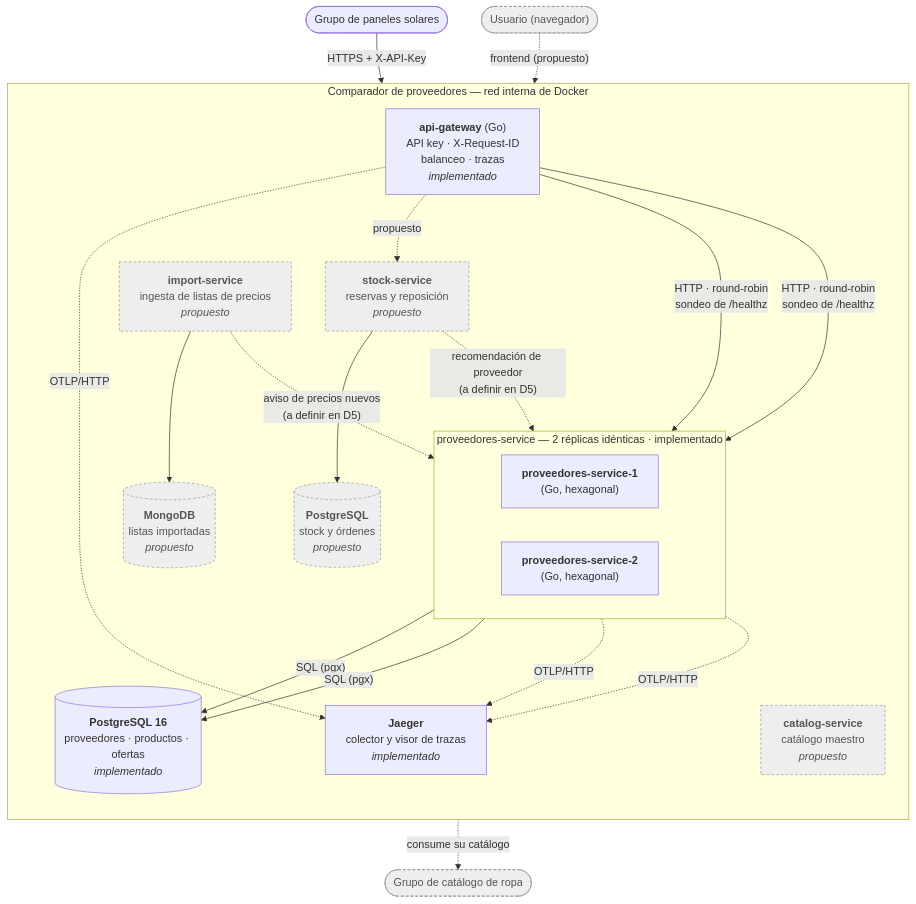
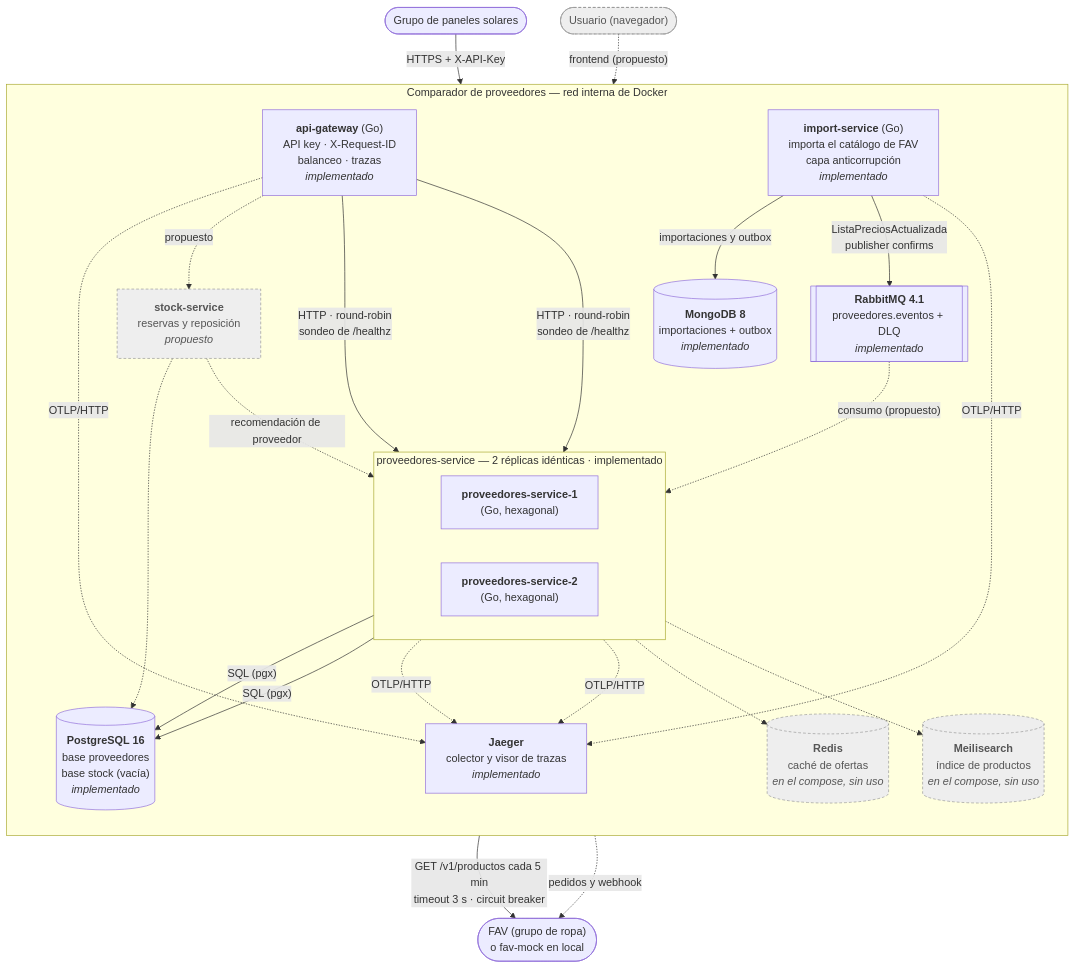
Before and after one commit to matiasdemetriorufeil/arq-soft-proveedores: the second of 3 diagrams in docs/ARCHITECTURE.md, drawn with Mermaid. The commit also changed other lines of this file and 7 other files, not shown here.

First line of the commit message:
docs(adr): ADR-014 sin catalog-service; D1, D3, D5, D9 y D10 actualizados con import-service

````diff
--- a/docs/ARCHITECTURE.md
+++ b/docs/ARCHITECTURE.md
@@ -59,48 +59,56 @@
 ```mermaid
 flowchart TB
     paneles(["Grupo de paneles solares"])
     usuario(["Usuario (navegador)"])
-    ropa(["Grupo de catálogo de ropa"])
+    ropa(["FAV (grupo de ropa)<br/>o fav-mock en local"])
 
     subgraph sistema["Comparador de proveedores — red interna de Docker"]
         direction TB
         gw["<b>api-gateway</b> (Go)<br/>API key · X-Request-ID<br/>balanceo · trazas<br/><i>implementado</i>"]
 
         subgraph proveedores["proveedores-service — 2 réplicas idénticas · implementado"]
             direction LR
             p1["<b>proveedores-service-1</b><br/>(Go, hexagonal)"]
             p2["<b>proveedores-service-2</b><br/>(Go, hexagonal)"]
         end
 
-        pg[("<b>PostgreSQL 16</b><br/>proveedores · productos · ofertas<br/><i>implementado</i>")]
+        pg[("<b>PostgreSQL 16</b><br/>base proveedores<br/>base stock (vacía)<br/><i>implementado</i>")]
         jaeger["<b>Jaeger</b><br/>colector y visor de trazas<br/><i>implementado</i>"]
 
+        imp["<b>import-service</b> (Go)<br/>importa el catálogo de FAV<br/>capa anticorrupción<br/><i>implementado</i>"]
+        mongo[("<b>MongoDB 8</b><br/>importaciones + outbox<br/><i>implementado</i>")]
+        rabbit[["<b>RabbitMQ 4.1</b><br/>proveedores.eventos + DLQ<br/><i>implementado</i>"]]
+
         stock["<b>stock-service</b><br/>reservas y reposición<br/><i>propuesto</i>"]
-        imp["<b>import-service</b><br/>ingesta de listas de precios<br/><i>propuesto</i>"]
-        cat["<b>catalog-service</b><br/>catálogo maestro<br/><i>propuesto</i>"]
-        mongo[("<b>MongoDB</b><br/>listas importadas<br/><i>propuesto</i>")]
-        pgstock[("<b>PostgreSQL</b><br/>stock y órdenes<br/><i>propuesto</i>")]
+        redis[("<b>Redis</b><br/>caché de ofertas<br/><i>en el compose, sin uso</i>")]
+        meili[("<b>Meilisearch</b><br/>índice de productos<br/><i>en el compose, sin uso</i>")]
     end
 
     paneles -- "HTTPS + X-API-Key" --> gw
     usuario -. "frontend (propuesto)" .-> gw
 
     gw -- "HTTP · round-robin<br/>sondeo de /healthz" --> p1
     gw -- "HTTP · round-robin<br/>sondeo de /healthz" --> p2
     p1 -- "SQL (pgx)" --> pg
     p2 -- "SQL (pgx)" --> pg
 
+    imp -- "GET /v1/productos cada 5 min<br/>timeout 3 s · circuit breaker" --> ropa
+    imp -- "importaciones y outbox" --> mongo
+    imp -- "ListaPreciosActualizada<br/>publisher confirms" --> rabbit
+    rabbit -. "consumo (propuesto)" .-> p1
+
     gw -. "OTLP/HTTP" .-> jaeger
     p1 -. "OTLP/HTTP" .-> jaeger
     p2 -. "OTLP/HTTP" .-> jaeger
+    imp -. "OTLP/HTTP" .-> jaeger
 
     gw -. "propuesto" .-> stock
-    stock -. "recomendación de proveedor<br/>(a definir en D5)" .-> p1
-    imp -. "aviso de precios nuevos<br/>(a definir en D5)" .-> p1
-    imp --> mongo
-    imp -. "consume su catálogo" .-> ropa
-    stock --> pgstock
+    stock -. "recomendación de proveedor" .-> p1
+    stock -. "pedidos y webhook" .-> ropa
+    stock -.-> pg
+    p1 -.-> redis
+    p1 -.-> meili
 
     classDef propuesto fill:#eeeeee,stroke:#999999,stroke-dasharray: 4 3,color:#555555
-    class stock,imp,cat,mongo,pgstock,usuario,ropa propuesto
+    class stock,redis,meili,usuario propuesto
 ```
````
